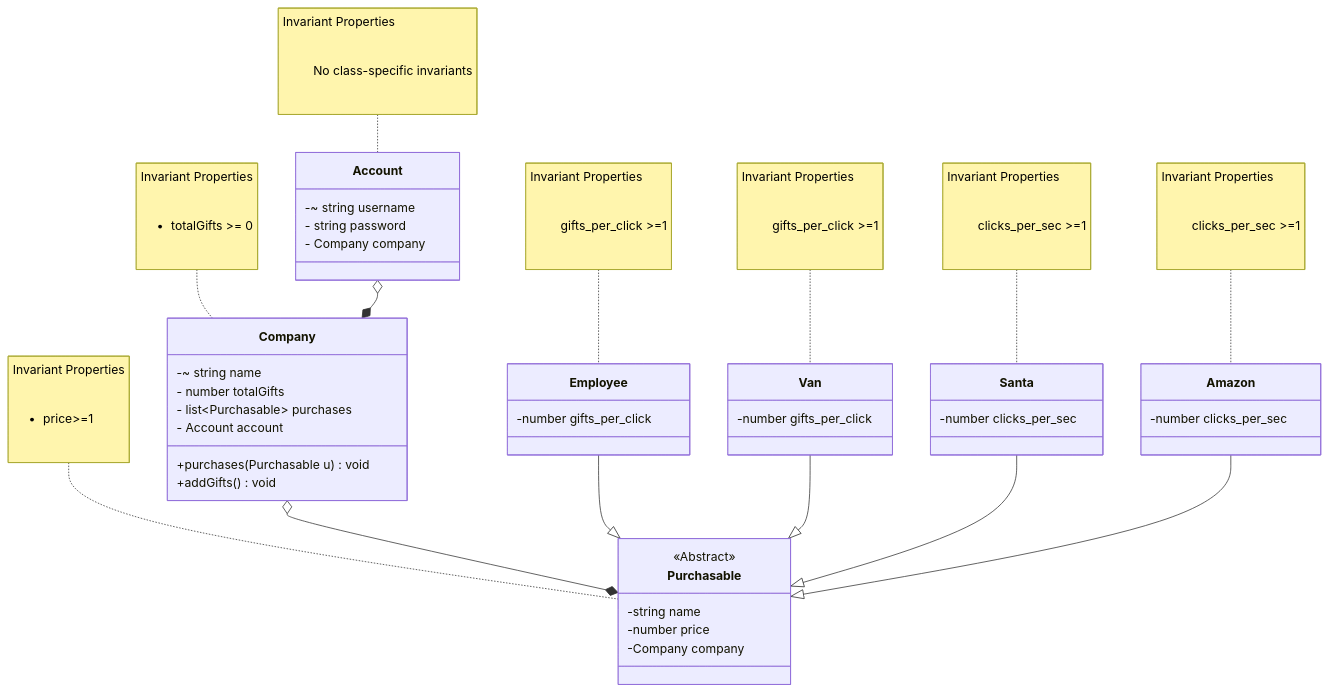
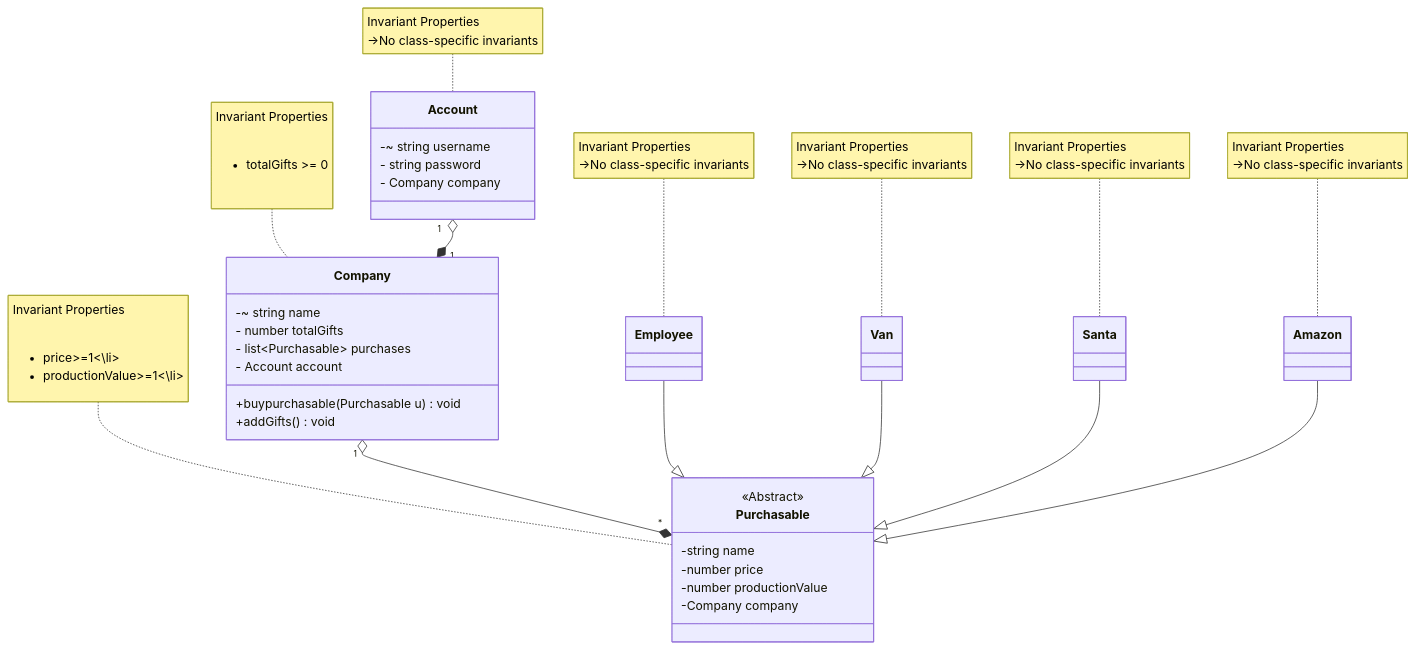
One commit to umangmehta0007/Clicker changed the diagram in domain.md. Above: the diagram before and after it, drawn with Mermaid.

Commit message:
Now since the new intance was a number it was added just to the abstract class.

```diff
--- a/domain.md
+++ b/domain.md
@@ -11,9 +11,8 @@
 
 
     note for Account "Invariant Properties
-             <ul> 
-                No class-specific invariants
-            </ul>
+            
+            ->No class-specific invariants
         "
     class Account{
         -~ string username
@@ -33,13 +32,15 @@
         - list~Purchasable~ purchases
         - Account account
         
-        +purchases(Purchasable u) void
+        +buypurchasable(Purchasable u) void
         +addGifts() void 
         
     }
     note for Purchasable "Invariant Properties
              <ul> 
-                <li>price>=1
+                <li>price>=1<\li>
+                <li>productionValue>=1<\li>
+
             </ul>
         "
         
@@ -48,46 +49,41 @@
         
         -string name
         -number price
+        -number productionValue
         -Company company
     }
 
     note for Employee "Invariant Properties
-             <ul> 
-                  gifts_per_click >=1 
-            </ul>
+            
+            ->No class-specific invariants
         "
     class Employee{
-        -number gifts_per_click 
     }
     note for Van "Invariant Properties
-             <ul> 
-                  gifts_per_click >=1 
-            </ul>
+            
+            ->No class-specific invariants
         "
     class Van{
-        -number gifts_per_click
     }
 
     note for Santa "Invariant Properties
-             <ul> 
-                  clicks_per_sec >=1 
-            </ul>
+            
+            ->No class-specific invariants
         "
     class Santa{
-        -number clicks_per_sec
     }
+    
     note for Amazon "Invariant Properties
-             <ul> 
-                  clicks_per_sec >=1 
-            </ul>
+          
+            ->No class-specific invariants
         "
     class Amazon{
-        -number clicks_per_sec
     }
     
-    Account o--* Company
-    Company o--* Purchasable
-    
+    Company "1" o--* "*" Purchasable
+    Account "1" o--*"1" Company
+
+
     Employee--|>Purchasable
     Van--|>Purchasable
     Santa--|>Purchasable
```
